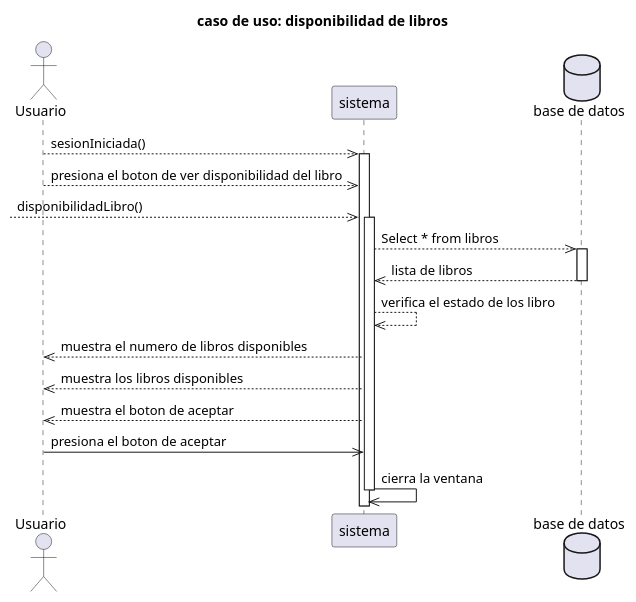
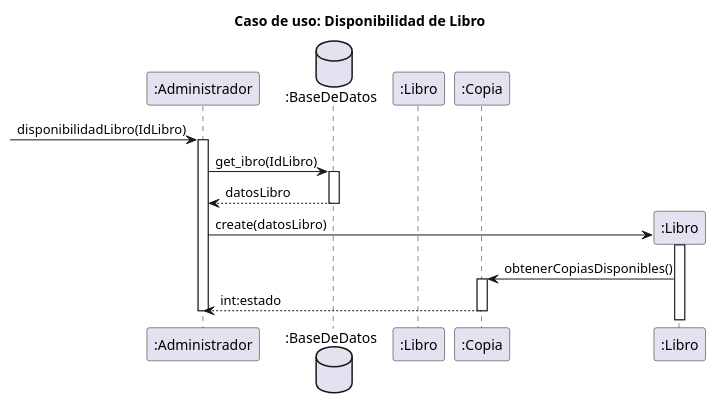
Before and after one commit to RubenE107/diagramas-de-dise-o-uml: the diagram in interacion 2/disponibilidadlibro.puml, drawn with PlantUML. The commit also changed 1 other file, not shown here.

Commit message:
disponibilidad de libro

```diff
--- a/interacion 2/disponibilidadlibro.puml
+++ b/interacion 2/disponibilidadlibro.puml
@@ -1,25 +1,55 @@
 @startuml
 title caso de uso: disponibilidad de libros
 
-actor "Usuario" as U
+' actor "Usuario" as U
 
-participant "sistema" as S
-database "base de datos" as BD
-U-->>S: sesionIniciada()
-activate S
-U-->>S: presiona el boton de ver disponibilidad del libro
--->>S: disponibilidadLibro()
-activate S
-S-->>BD: Select * from libros
-activate BD
-BD-->>S: lista de libros
-deactivate BD
-S-->>S: verifica el estado de los libro
-S-->>U: muestra el numero de libros disponibles
-S-->>U: muestra los libros disponibles
-S-->>U: muestra el boton de aceptar
-U->>S: presiona el boton de aceptar
-S->>S: cierra la ventana
-deactivate S 
+' participant "sistema" as S
+' database "base de datos" as BD
+' U-->>S: sesionIniciada()
+' activate S
+' U-->>S: presiona el boton de ver disponibilidad del libro
+' -->>S: disponibilidadLibro()
+' activate S
+' S-->>BD: Select * from libros
+' activate BD
+' BD-->>S: lista de libros
+' deactivate BD
+' S-->>S: verifica el estado de los libro
+' S-->>U: muestra el numero de libros disponibles
+' S-->>U: muestra los libros disponibles
+' S-->>U: muestra el boton de aceptar
+' U->>S: presiona el boton de aceptar
+' S->>S: cierra la ventana
+' deactivate S 
+
+
+title Caso de uso: Disponibilidad de Libro
+
+participant ":Administrador" as a
+database ":BaseDeDatos" as bd
+participant ":Libro" as l
+participant ":Copia" as co
+
+-> a:disponibilidadLibro(IdLibro)
+activate a
+
+a -> bd:get_ibro(IdLibro)
+activate bd
+
+bd --> a:datosLibro
+deactivate bd
+
+create ":Libro" as libro
+a -> libro:create(datosLibro)
+activate libro
+
+libro -> co:obtenerCopiasDisponibles()
+activate co
+
+co --> a:int:estado
+deactivate co
+
+
+deactivate a
 
 @enduml
```
